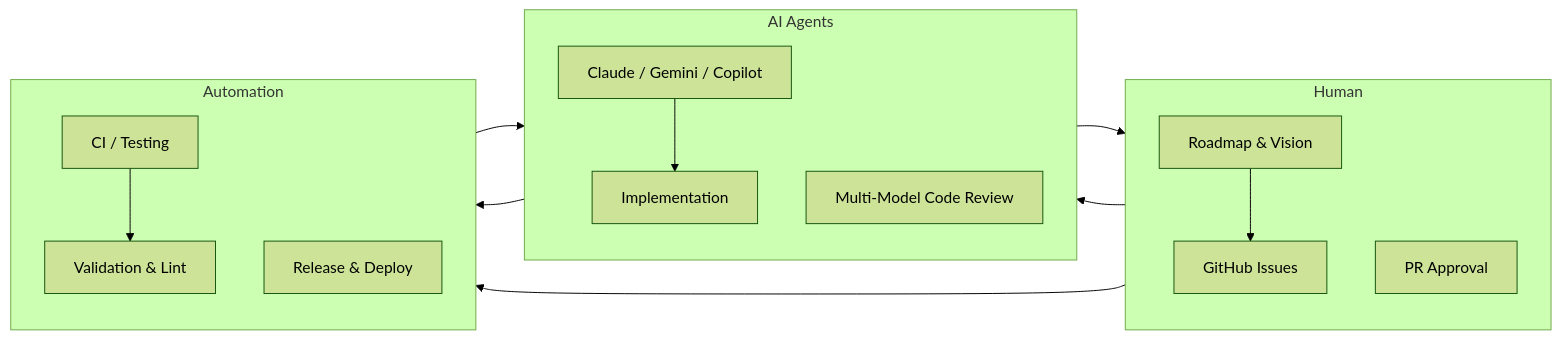
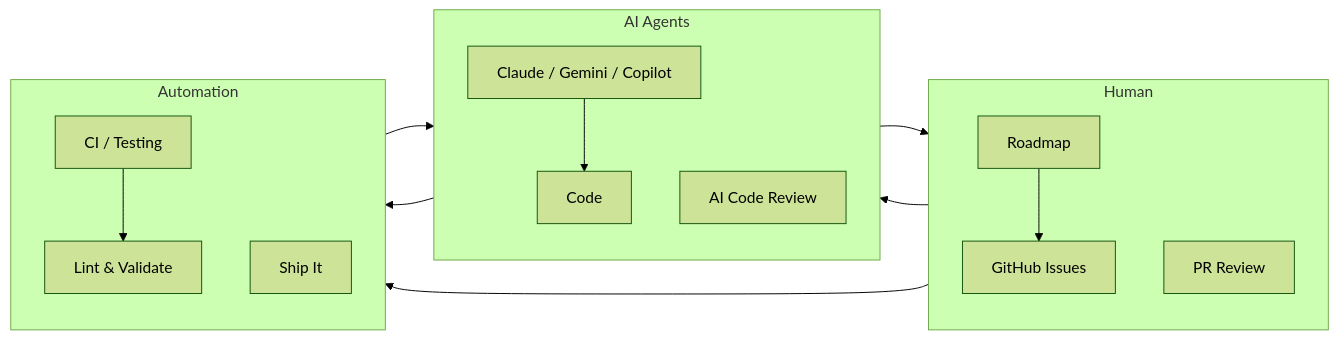
One commit to JacobPEvans-personal/JacobPEvans-personal changed the diagram in README.md. Above: the diagram before and after it, drawn with Mermaid (forest theme). The commit also changed other lines of this file and 2 other files, not shown here.

````diff
--- a/README.md
+++ b/README.md
@@ -79,22 +73,22 @@
 ```mermaid
 flowchart LR
     subgraph Human["Human"]
         direction TB
-        H1["Roadmap & Vision"]
+        H1["Roadmap"]
         H2["GitHub Issues"]
-        H3["PR Approval"]
+        H3["PR Review"]
     end
     subgraph AI["AI Agents"]
         direction TB
         A1["Claude / Gemini / Copilot"]
-        A2["Implementation"]
-        A3["Multi-Model Code Review"]
+        A2["Code"]
+        A3["AI Code Review"]
     end
     subgraph Auto["Automation"]
         direction TB
         T1["CI / Testing"]
-        T2["Validation & Lint"]
-        T3["Release & Deploy"]
+        T2["Lint & Validate"]
+        T3["Ship It"]
     end
     H1 --> H2 --> A1 --> A2 --> T1 --> T2 --> A3 --> H3 --> T3
 ```
````
